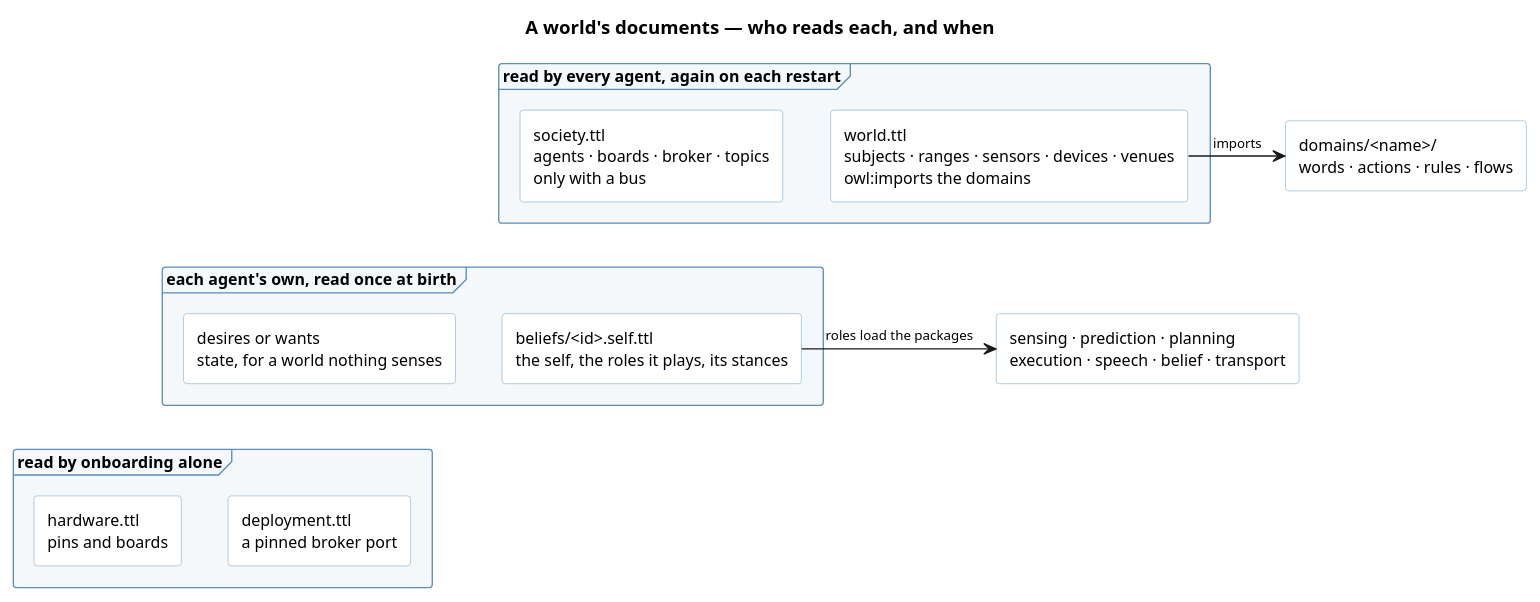
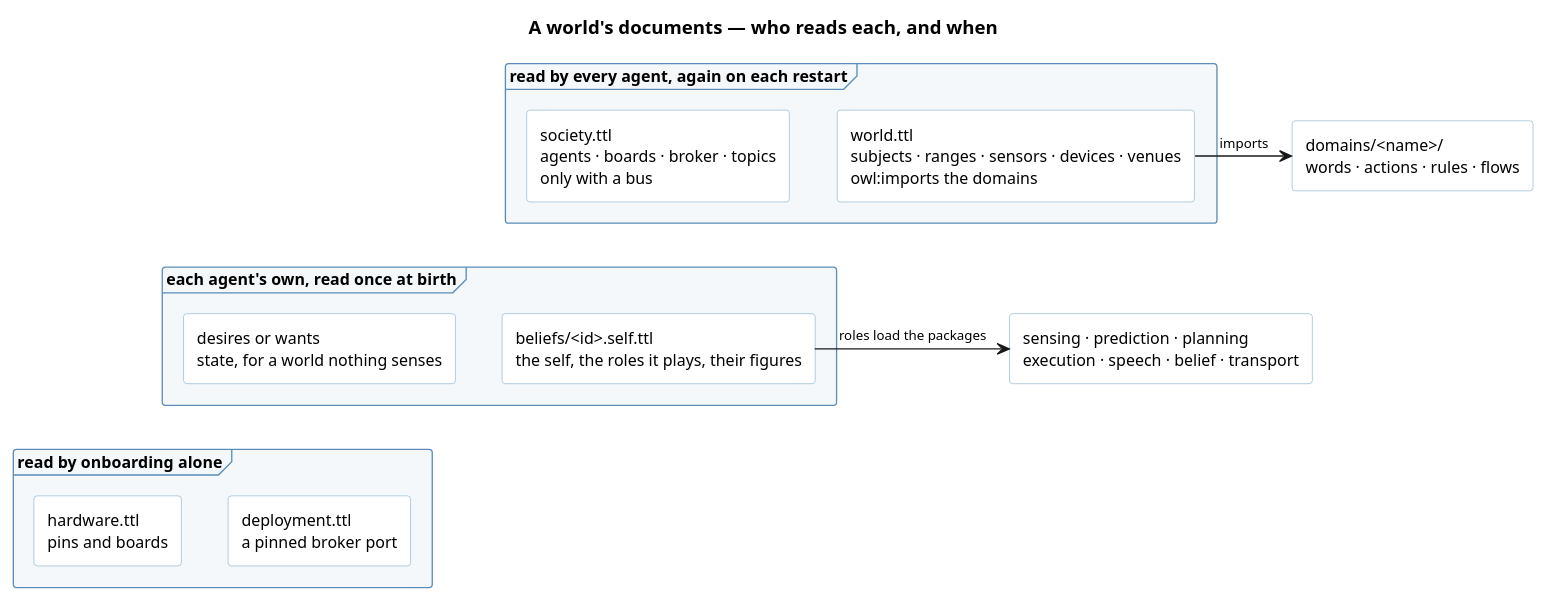
Before and after one commit to ShishkinDmitriy/orexis: the diagram in knowledge/diagrams/runbook-world-documents.puml, drawn with PlantUML. The commit also changed 59 other files, not shown here.

```diff
--- a/knowledge/diagrams/runbook-world-documents.puml
+++ b/knowledge/diagrams/runbook-world-documents.puml
@@ -1,36 +1,36 @@
 @startuml runbook-world-documents
 title A world's documents — who reads each, and when
 
 skinparam shadowing false
 skinparam defaultFontSize 12
 skinparam titleFontSize 14
 skinparam ArrowFontSize 10
 skinparam rectangle {
   BackgroundColor #FFFFFF
   BorderColor #8FB4D0
 }
 skinparam frame {
   BackgroundColor #F4F8FB
   BorderColor #5B8DB8
 }
 
 frame "read by every agent, again on each restart" {
   rectangle "world.ttl\nsubjects · ranges · sensors · devices · venues\nowl:imports the domains" as W
   rectangle "society.ttl\nagents · boards · broker · topics\nonly with a bus" as S
 }
 frame "each agent's own, read once at birth" {
-  rectangle "beliefs/<id>.self.ttl\nthe self, the roles it plays, its stances" as SELF
+  rectangle "beliefs/<id>.self.ttl\nthe self, the roles it plays, their figures" as SELF
   rectangle "desires or wants\nstate, for a world nothing senses" as DES
 }
 frame "read by onboarding alone" {
   rectangle "deployment.ttl\na pinned broker port" as DEP
   rectangle "hardware.ttl\npins and boards" as HW
 }
 rectangle "domains/<name>/\nwords · actions · rules · flows" as DOM
 rectangle "sensing · prediction · planning\nexecution · speech · belief · transport" as PK
 
 W -right-> DOM : imports
 SELF -right-> PK : roles load the packages
 S -[hidden]down-> SELF
 DES -[hidden]down-> DEP
 @enduml
```
